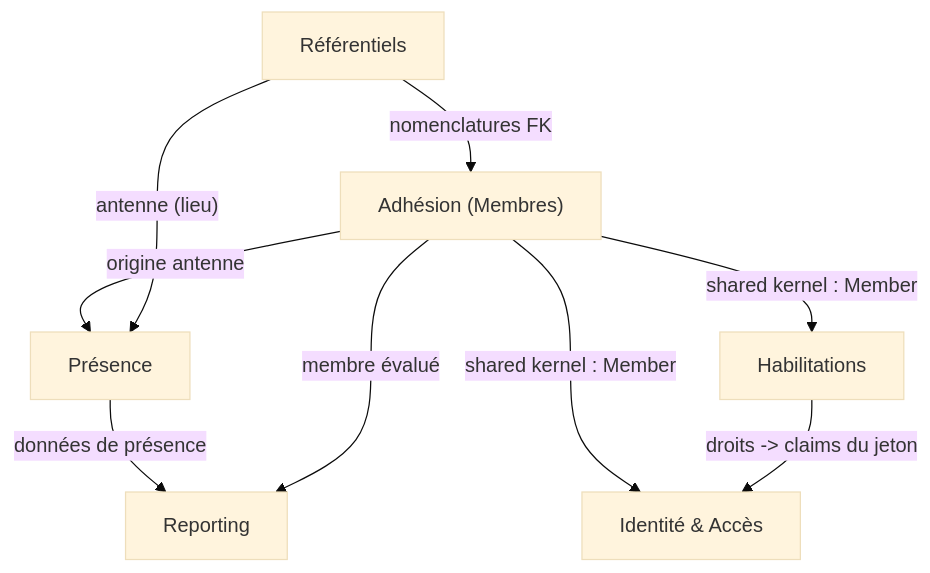
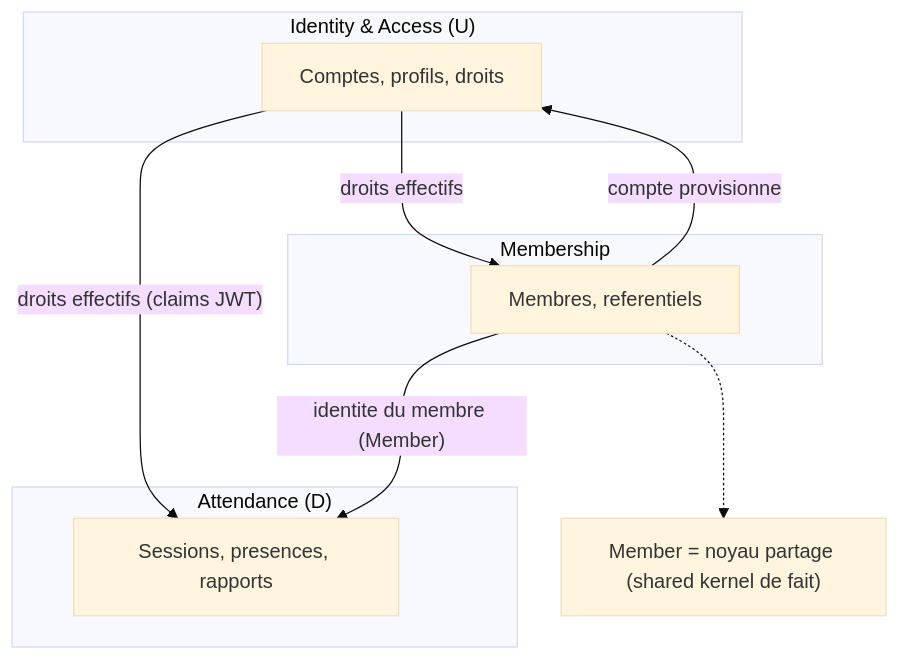
The diagram in docs/audit/08-vue-ddd.md (kiboMarcel/lumineux), drawn with Mermaid (base theme) before and after one commit. The commit also changed other lines of this file and 9 other files, not shown here.

````diff
--- a/docs/audit/08-vue-ddd.md
+++ b/docs/audit/08-vue-ddd.md
@@ -37,18 +38,20 @@
 ```mermaid
 graph TD
-    Membres["Adhésion (Membres)"]
-    Identite["Identité & Accès"]
-    Habil["Habilitations"]
-    Presence["Présence"]
-    Report["Reporting"]
-    Ref["Référentiels"]
+    subgraph IAM["Identity & Access (U)"]
+        Iam["Comptes, profils, droits"]
+    end
+    subgraph Membership["Membership"]
+        Mem["Membres, referentiels"]
+    end
+    subgraph Attendance["Attendance (D)"]
+        Att["Sessions, presences, rapports"]
+    end
 
-    Membres -->|"shared kernel : Member"| Identite
-    Membres -->|"shared kernel : Member"| Habil
-    Membres -->|"origine antenne"| Presence
-    Ref -->|"antenne (lieu)"| Presence
-    Ref -->|"nomenclatures FK"| Membres
-    Habil -->|"droits -> claims du jeton"| Identite
-    Presence -->|"données de présence"| Report
-    Membres -->|"membre évalué"| Report
+    Iam -->|"droits effectifs (claims JWT)"| Att
+    Iam -->|"droits effectifs"| Mem
+    Mem -->|"identite du membre (Member)"| Att
+    Mem -->|"compte provisionne"| Iam
+
+    note1["Member = noyau partage (shared kernel de fait)"]
+    Mem -.-> note1
 ```
````
